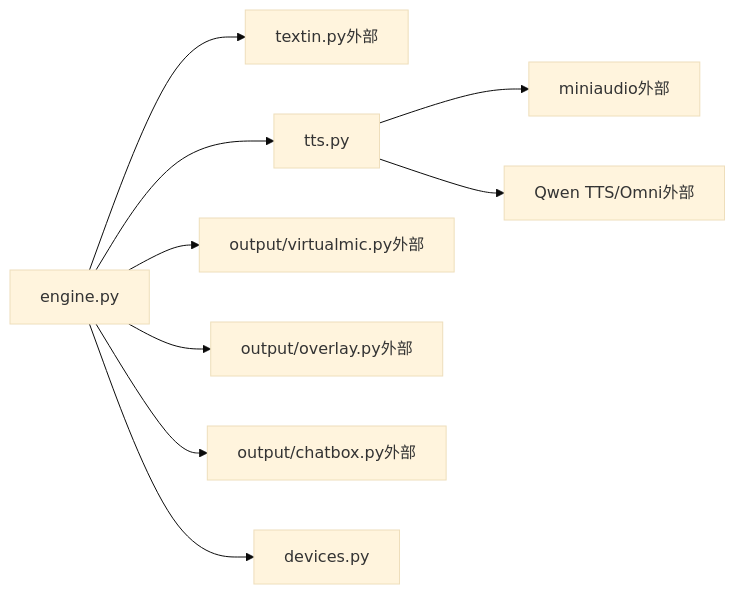
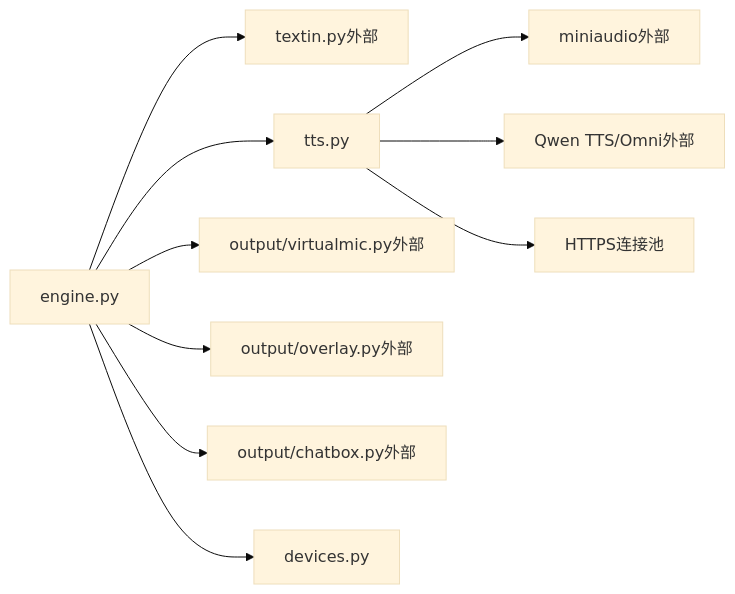
Before and after one commit to EMeowAGENT/vrchat-livetranslate: the ninth of 9 diagrams in .qoder/repowiki/zh/content/文本输入与语音合成.md, drawn with Mermaid (base theme). The commit also changed other lines of this file and 75 other files, not shown here.

````diff
--- a/.qoder/repowiki/zh/content/文本输入与语音合成.md
+++ b/.qoder/repowiki/zh/content/文本输入与语音合成.md
@@ -279,11 +356,12 @@
 ```mermaid
 graph LR
 Engine["engine.py"] --> TextIn["textin.py外部"]
 Engine --> TTS["tts.py"]
 Engine --> VM["output/virtualmic.py外部"]
 Engine --> Overlay["output/overlay.py外部"]
 Engine --> Chatbox["output/chatbox.py外部"]
 TTS --> Miniaudio["miniaudio外部"]
 TTS --> Qwen["Qwen TTS/Omni外部"]
+TTS --> ConnPool["HTTPS连接池"]
 Engine --> Devices["devices.py"]
 ```
````
